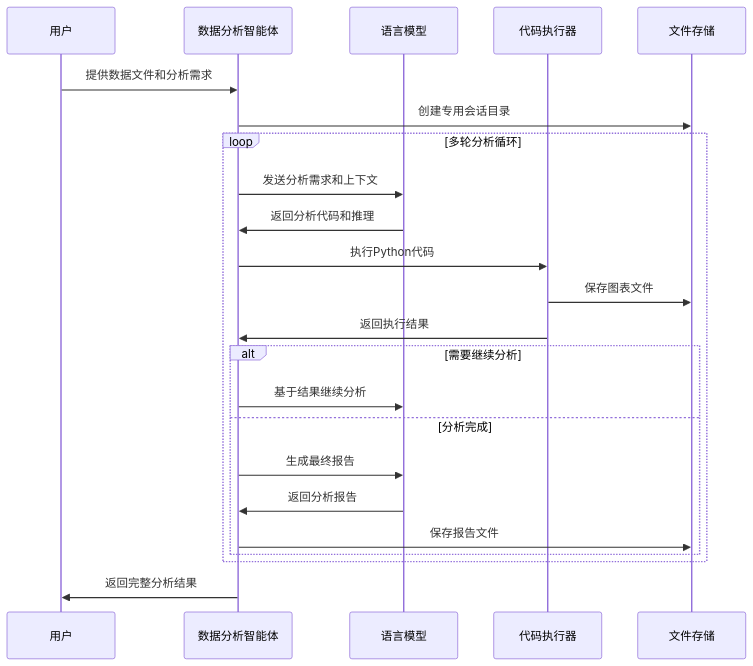
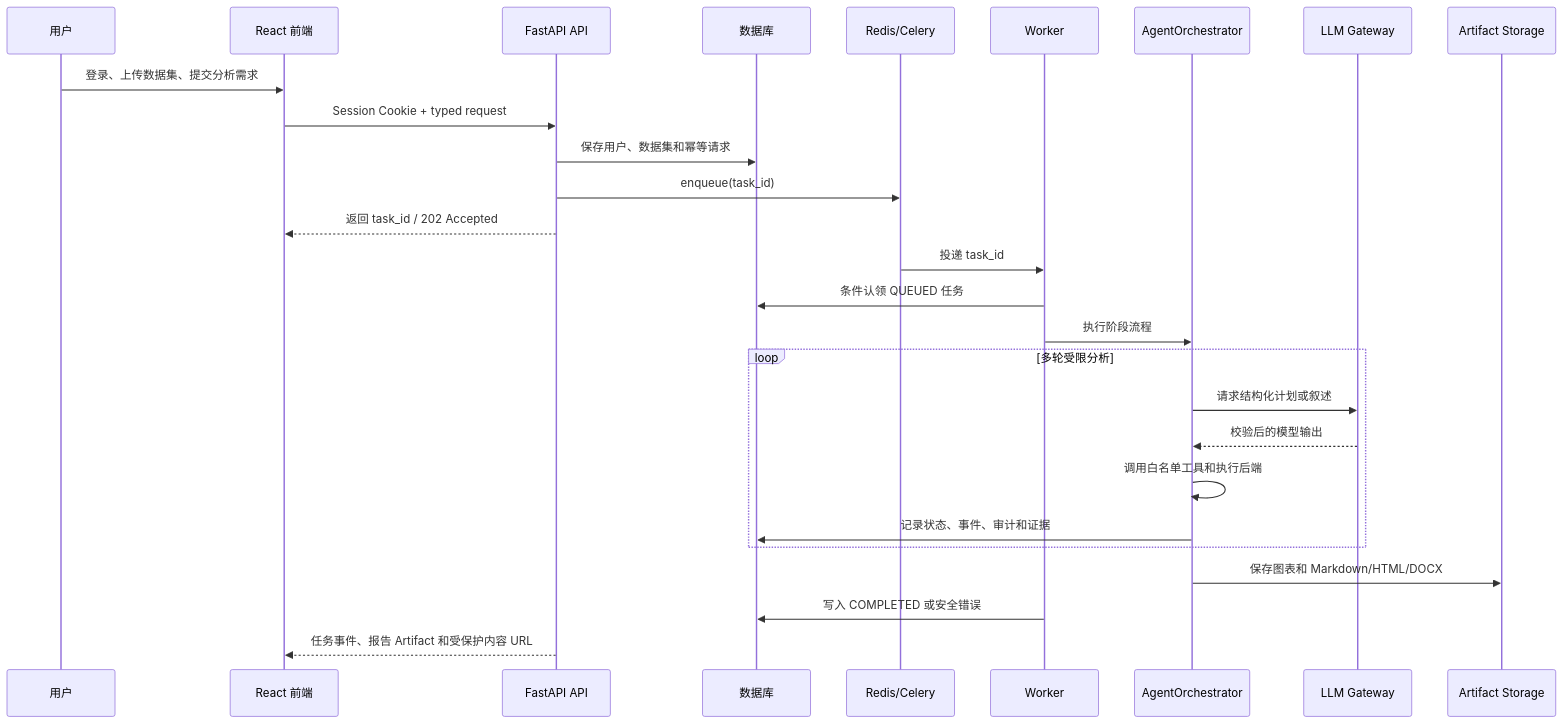
The second of 2 diagrams in README.md (liujc021122-oss/Data_analysis-Agent), drawn with Mermaid before and after one commit. The commit also changed other lines of this file, not shown here.

````diff
--- a/README.md
+++ b/README.md
@@ -94,29 +63,30 @@
 ```mermaid
 sequenceDiagram
     participant User as 用户
-    participant Agent as 数据分析智能体
-    participant LLM as 语言模型
-    participant Executor as 代码执行器
-    participant Storage as 文件存储
+    participant UI as React 前端
+    participant API as FastAPI API
+    participant DB as 数据库
+    participant Queue as Redis/Celery
+    participant Worker as Worker
+    participant Agent as AgentOrchestrator
+    participant LLM as LLM Gateway
+    participant Store as Artifact Storage
 
-    User->>Agent: 提供数据文件和分析需求
-    Agent->>Storage: 创建专用会话目录
-
-    loop 多轮分析循环
-        Agent->>LLM: 发送分析需求和上下文
-        LLM->>Agent: 返回分析代码和推理
-        Agent->>Executor: 执行Python代码
-        Executor->>Storage: 保存图表文件
-        Executor->>Agent: 返回执行结果
-
-        alt 需要继续分析
-            Agent->>LLM: 基于结果继续分析
-        else 分析完成
-            Agent->>LLM: 生成最终报告
-            LLM->>Agent: 返回分析报告
-            Agent->>Storage: 保存报告文件
-        end
+    User->>UI: 登录、上传数据集、提交分析需求
+    UI->>API: Session Cookie + typed request
+    API->>DB: 保存用户、数据集和幂等请求
+    API->>Queue: enqueue(task_id)
+    API-->>UI: 返回 task_id / 202 Accepted
+    Queue->>Worker: 投递 task_id
+    Worker->>DB: 条件认领 QUEUED 任务
+    Worker->>Agent: 执行阶段流程
+    loop 多轮受限分析
+        Agent->>LLM: 请求结构化计划或叙述
+        LLM-->>Agent: 校验后的模型输出
+        Agent->>Agent: 调用白名单工具和执行后端
+        Agent->>DB: 记录状态、事件、审计和证据
     end
-
-    Agent->>User: 返回完整分析结果
+    Agent->>Store: 保存图表和 Markdown/HTML/DOCX
+    Worker->>DB: 写入 COMPLETED 或安全错误
+    API-->>UI: 任务事件、报告 Artifact 和受保护内容 URL
 ```
````
